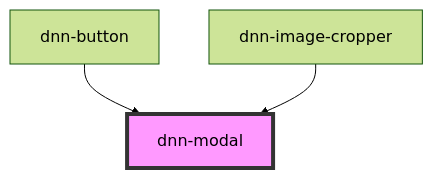
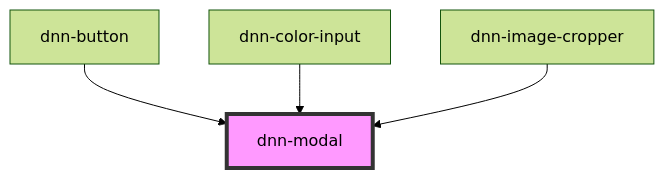
Before and after one commit to DNNCommunity/dnn-elements: the diagram in packages/stencil-library/src/components/dnn-modal/readme.md, drawn with Mermaid (forest theme). The commit also changed other lines of this file and 14 other files, not shown here.

First line of the commit message:
Added dnn-color-input element

````diff
--- a/packages/stencil-library/src/components/dnn-modal/readme.md
+++ b/packages/stencil-library/src/components/dnn-modal/readme.md
@@ -64,6 +65,7 @@
 ```mermaid
 graph TD;
   dnn-button --> dnn-modal
+  dnn-color-input --> dnn-modal
   dnn-image-cropper --> dnn-modal
   style dnn-modal fill:#f9f,stroke:#333,stroke-width:4px
 ```
````
